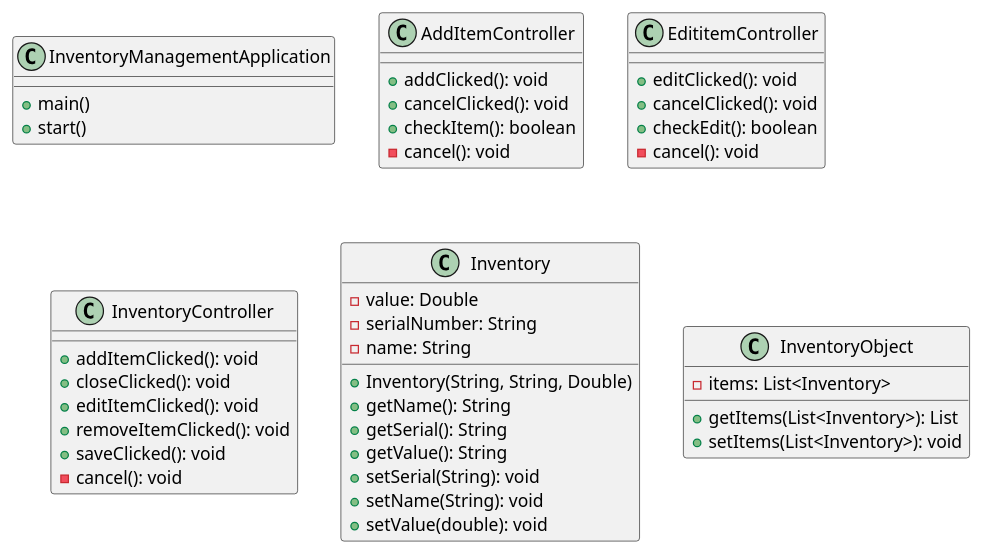
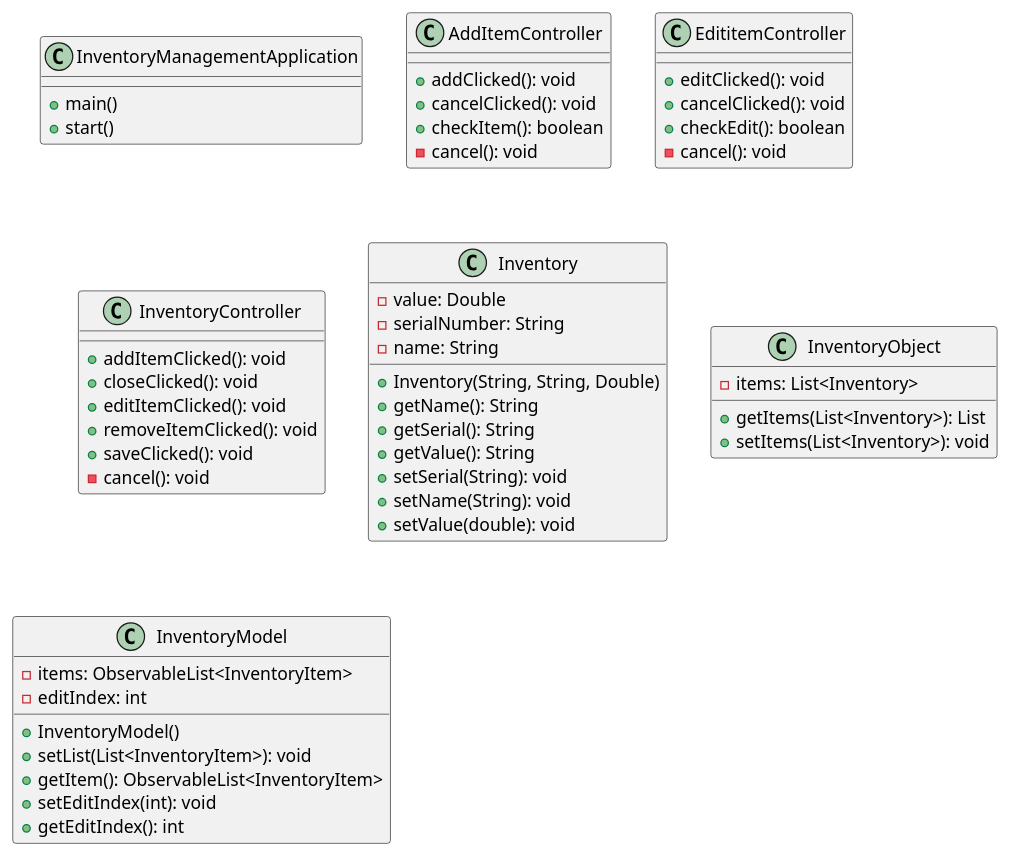
The diagram in Jaro-app2/docs/diagram.puml (mathdude3482/Jaro-app2), drawn with PlantUML before and after one commit. The commit also changed 1 other file, not shown here.

Commit message:
Implemented an InventoryModel class to keep track of changes. Updated the UML diagram to reflect changes.

```diff
--- a/Jaro-app2/docs/diagram.puml
+++ b/Jaro-app2/docs/diagram.puml
@@ -1,43 +1,52 @@
 @startuml
 class InventoryManagementApplication{
 +main()
 +start()
 }
 class AddItemController{
 + addClicked(): void
 + cancelClicked(): void
 + checkItem(): boolean
 - cancel(): void
 }
 class EdititemController{
 + editClicked(): void
 + cancelClicked(): void
 + checkEdit(): boolean
 - cancel(): void
 }
 class InventoryController{
 + addItemClicked(): void
 + closeClicked(): void
 + editItemClicked(): void
 + removeItemClicked(): void
 + saveClicked(): void
 - cancel(): void
 }
 class Inventory{
  - value: Double
  - serialNumber: String
  - name: String
  + Inventory(String, String, Double)
 + getName(): String
 + getSerial(): String
 + getValue(): String
 + setSerial(String): void
 + setName(String): void
 + setValue(double): void
 }
 class InventoryObject{
 - items: List<Inventory>
 + getItems(List<Inventory>): List
 + setItems(List<Inventory>): void
 }
+class InventoryModel{
+    - items: ObservableList<InventoryItem>
+    - editIndex: int
+    + InventoryModel()
+    + setList(List<InventoryItem>): void
+    + getItem(): ObservableList<InventoryItem>
+    + setEditIndex(int): void
+    + getEditIndex(): int
+}
 @enduml
```
